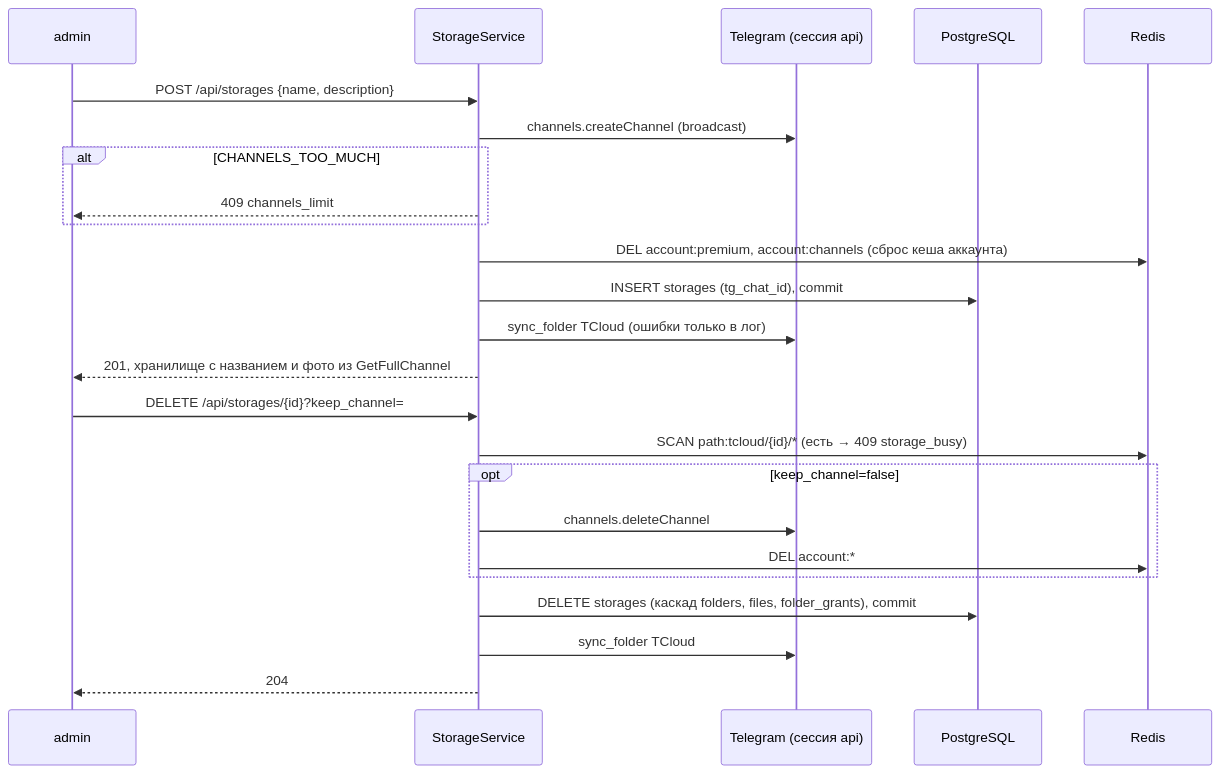
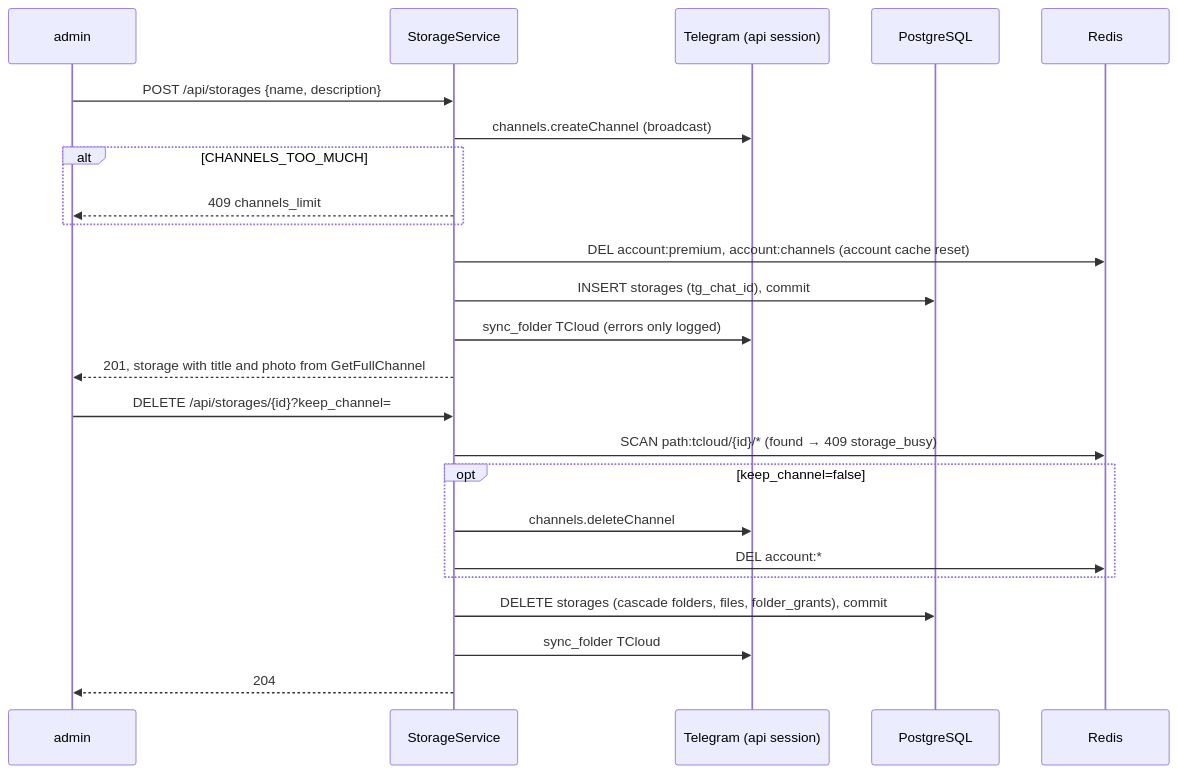
Before and after one commit to NikitkaZXC/tcloud-backend: the first of 5 diagrams in docs/flows/storages.md, drawn with Mermaid. The commit also changed other lines of this file and 20 other files, not shown here.

````diff
--- a/docs/flows/storages.md
+++ b/docs/flows/storages.md
@@ -14,26 +14,26 @@
 ```mermaid
 sequenceDiagram
     participant C as admin
     participant S as StorageService
-    participant TG as Telegram (сессия api)
+    participant TG as Telegram (api session)
     participant DB as PostgreSQL
     participant R as Redis
     C->>S: POST /api/storages {name, description}
     S->>TG: channels.createChannel (broadcast)
     alt CHANNELS_TOO_MUCH
         S-->>C: 409 channels_limit
     end
-    S->>R: DEL account:premium, account:channels (сброс кеша аккаунта)
+    S->>R: DEL account:premium, account:channels (account cache reset)
     S->>DB: INSERT storages (tg_chat_id), commit
-    S->>TG: sync_folder TCloud (ошибки только в лог)
-    S-->>C: 201, хранилище с названием и фото из GetFullChannel
+    S->>TG: sync_folder TCloud (errors only logged)
+    S-->>C: 201, storage with title and photo from GetFullChannel
     C->>S: DELETE /api/storages/{id}?keep_channel=
-    S->>R: SCAN path:tcloud/{id}/* (есть → 409 storage_busy)
+    S->>R: SCAN path:tcloud/{id}/* (found → 409 storage_busy)
     opt keep_channel=false
         S->>TG: channels.deleteChannel
         S->>R: DEL account:*
     end
-    S->>DB: DELETE storages (каскад folders, files, folder_grants), commit
+    S->>DB: DELETE storages (cascade folders, files, folder_grants), commit
     S->>TG: sync_folder TCloud
     S-->>C: 204
 ```
````
